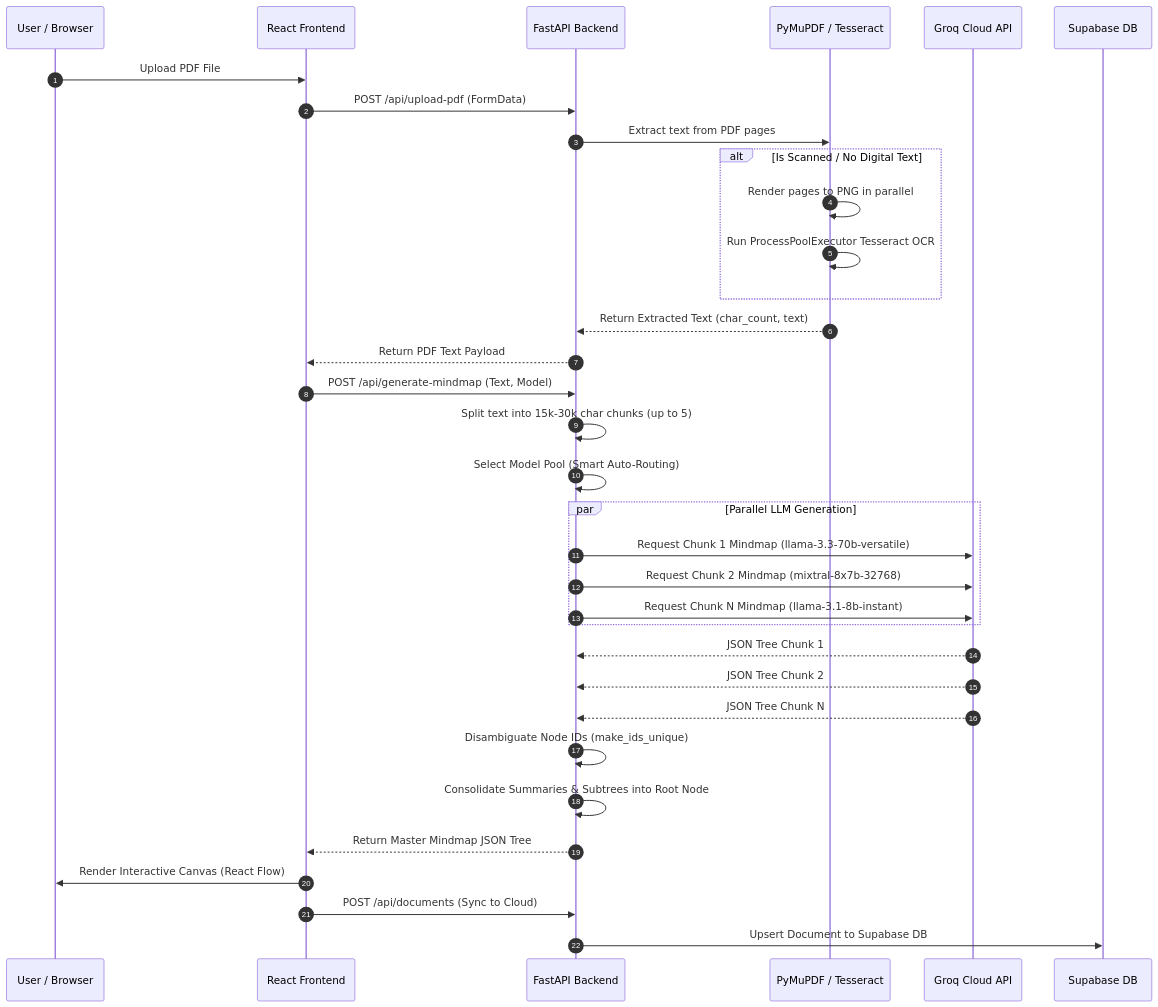
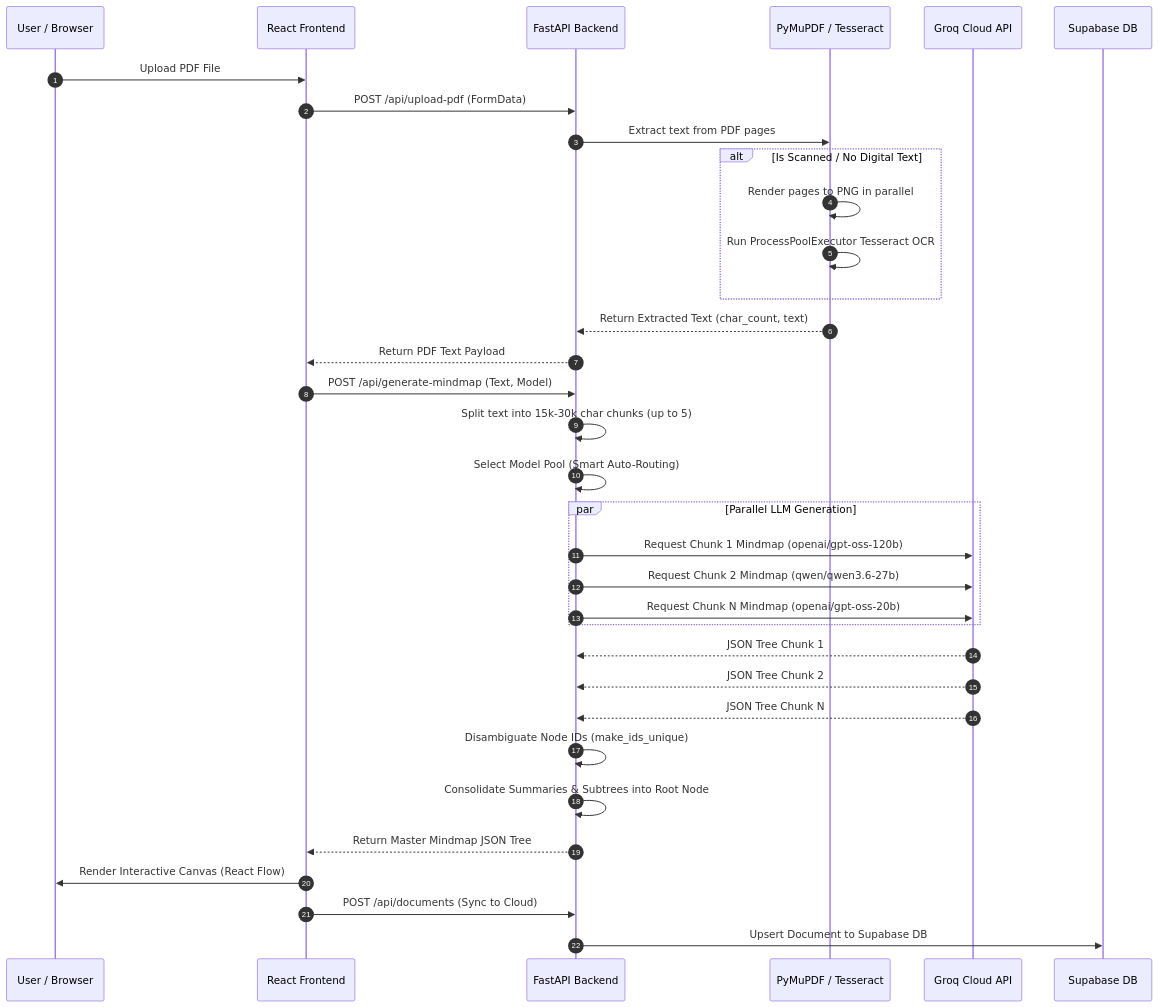
The second of 2 diagrams in ARCHITECTURE.md (Arjundevjha/pdf-to-mindmap), drawn with Mermaid before and after one commit. The commit also changed other lines of this file and 8 other files, not shown here.

````diff
--- a/ARCHITECTURE.md
+++ b/ARCHITECTURE.md
@@ -66,42 +66,42 @@
 ```mermaid
 sequenceDiagram
     autonumber
     participant User as User / Browser
     participant FE as React Frontend
     participant BE as FastAPI Backend
     participant PyPDF as PyMuPDF / Tesseract
     participant Groq as Groq Cloud API
     participant Supa as Supabase DB
 
     User->>FE: Upload PDF File
     FE->>BE: POST /api/upload-pdf (FormData)
     BE->>PyPDF: Extract text from PDF pages
     alt Is Scanned / No Digital Text
         PyPDF->>PyPDF: Render pages to PNG in parallel
         PyPDF->>PyPDF: Run ProcessPoolExecutor Tesseract OCR
     end
     PyPDF-->>BE: Return Extracted Text (char_count, text)
     BE-->>FE: Return PDF Text Payload
 
     FE->>BE: POST /api/generate-mindmap (Text, Model)
     BE->>BE: Split text into 15k-30k char chunks (up to 5)
     BE->>BE: Select Model Pool (Smart Auto-Routing)
 
     par Parallel LLM Generation
-        BE->>Groq: Request Chunk 1 Mindmap (llama-3.3-70b-versatile)
-        BE->>Groq: Request Chunk 2 Mindmap (mixtral-8x7b-32768)
-        BE->>Groq: Request Chunk N Mindmap (llama-3.1-8b-instant)
+        BE->>Groq: Request Chunk 1 Mindmap (openai/gpt-oss-120b)
+        BE->>Groq: Request Chunk 2 Mindmap (qwen/qwen3.6-27b)
+        BE->>Groq: Request Chunk N Mindmap (openai/gpt-oss-20b)
     end
 
     Groq-->>BE: JSON Tree Chunk 1
     Groq-->>BE: JSON Tree Chunk 2
     Groq-->>BE: JSON Tree Chunk N
 
     BE->>BE: Disambiguate Node IDs (make_ids_unique)
     BE->>BE: Consolidate Summaries & Subtrees into Root Node
     BE-->>FE: Return Master Mindmap JSON Tree
 
     FE->>User: Render Interactive Canvas (React Flow)
     FE->>BE: POST /api/documents (Sync to Cloud)
     BE->>Supa: Upsert Document to Supabase DB
 ```
````
